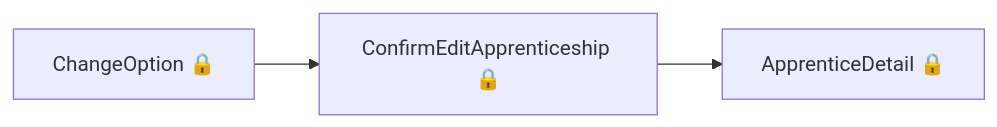
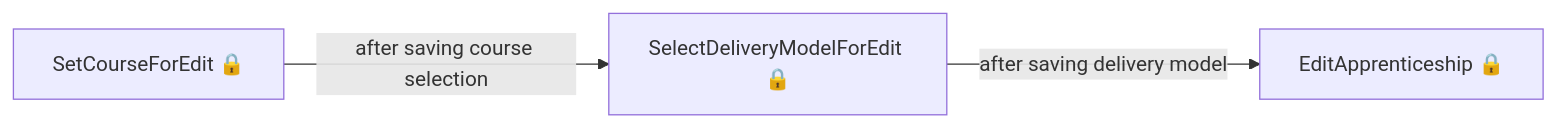
One commit to talentconsulting/atlas-dfe changed the third of 3 diagrams in das-employercommitments-v2/user-journeys/user-journeys.md. Above: the diagram before and after it, drawn with Mermaid. The commit also changed other lines of this file and 22 other files, not shown here.

````diff
--- a/das-employercommitments-v2/user-journeys/user-journeys.md
+++ b/das-employercommitments-v2/user-journeys/user-journeys.md
@@ -81,5 +31,5 @@
 ```mermaid
 flowchart LR
-  p0["ChangeOption 🔒"] --> p1["ConfirmEditApprenticeship 🔒"]
-  p1["ConfirmEditApprenticeship 🔒"] --> p2["ApprenticeDetail 🔒"]
+  p0["SetCourseForEdit 🔒"] -->|"after saving course selection"| p1["SelectDeliveryModelForEdit 🔒"]
+  p1["SelectDeliveryModelForEdit 🔒"] -->|"after saving delivery model"| p2["EditApprenticeship 🔒"]
 ```
````
